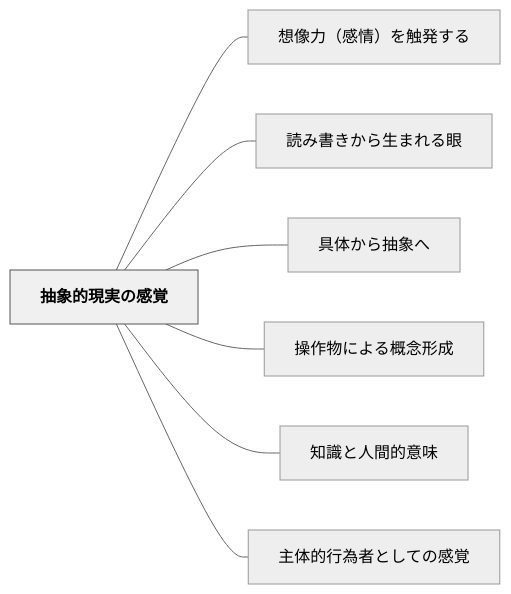
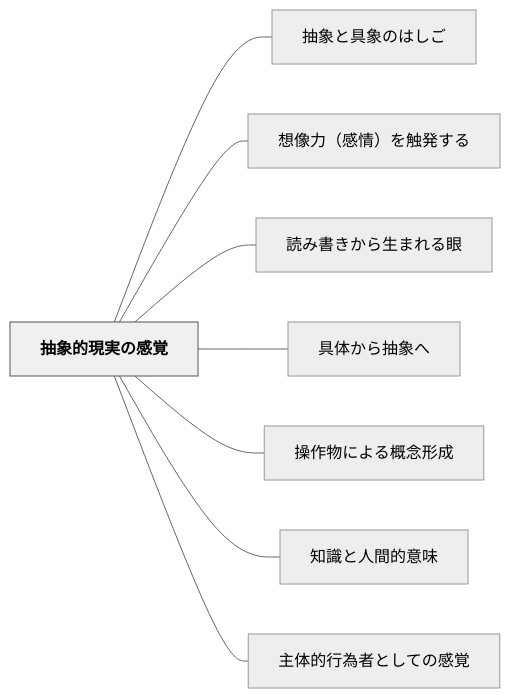
The diagram in content/パタン/抽象的現実の感覚.md (unknownthings-ed-patterns/unknownthings-ed-patterns), drawn with Mermaid (neutral theme) before and after one commit. The commit also changed other lines of this file and 185 other files, not shown here.

````diff
--- a/content/パタン/抽象的現実の感覚.md
+++ b/content/パタン/抽象的現実の感覚.md
@@ -49,20 +50,22 @@
 ```mermaid
 flowchart LR
     ne68abde8b1a1e79a84e78fbee5ae9fe381aee6849fe8a69a["抽象的現実の感覚"]
+    ne68abde8b1a1e381a8e585b7e8b1a1e381aee381afe38197e38194["抽象と具象のはしご"]
     ne683b3e5838fe58a9befbc88e6849fe68385efbc89e38292e8a7a6e799bae38199e3828b["想像力（感情）を触発する"]
     ne8aaade381bfe69bb8e3818de3818be38289e7949fe381bee3828ce3828be79cbc["読み書きから生まれる眼"]
     ne585b7e4bd93e3818be38289e68abde8b1a1e381b8["具体から抽象へ"]
     ne6938de4bd9ce789a9e381abe38288e3828be6a682e5bfb5e5bda2e68890["操作物による概念形成"]
     ne79fa5e8ad98e381a8e4babae99693e79a84e6848fe591b3["知識と人間的意味"]
     ne4b8bbe4bd93e79a84e8a18ce782bae88085e381a8e38197e381a6e381aee6849fe8a69a["主体的行為者としての感覚"]
 
+    ne68abde8b1a1e79a84e78fbee5ae9fe381aee6849fe8a69a --- ne68abde8b1a1e381a8e585b7e8b1a1e381aee381afe38197e38194
     ne68abde8b1a1e79a84e78fbee5ae9fe381aee6849fe8a69a --- ne683b3e5838fe58a9befbc88e6849fe68385efbc89e38292e8a7a6e799bae38199e3828b
     ne68abde8b1a1e79a84e78fbee5ae9fe381aee6849fe8a69a --- ne8aaade381bfe69bb8e3818de3818be38289e7949fe381bee3828ce3828be79cbc
     ne68abde8b1a1e79a84e78fbee5ae9fe381aee6849fe8a69a --- ne585b7e4bd93e3818be38289e68abde8b1a1e381b8
     ne68abde8b1a1e79a84e78fbee5ae9fe381aee6849fe8a69a --- ne6938de4bd9ce789a9e381abe38288e3828be6a682e5bfb5e5bda2e68890
     ne68abde8b1a1e79a84e78fbee5ae9fe381aee6849fe8a69a --- ne79fa5e8ad98e381a8e4babae99693e79a84e6848fe591b3
     ne68abde8b1a1e79a84e78fbee5ae9fe381aee6849fe8a69a --- ne4b8bbe4bd93e79a84e8a18ce782bae88085e381a8e38197e381a6e381aee6849fe8a69a
 
     classDef hub fill:#f0f0f0,stroke:#555,color:#000,font-weight:bold
     class ne68abde8b1a1e79a84e78fbee5ae9fe381aee6849fe8a69a hub
 ```
````
